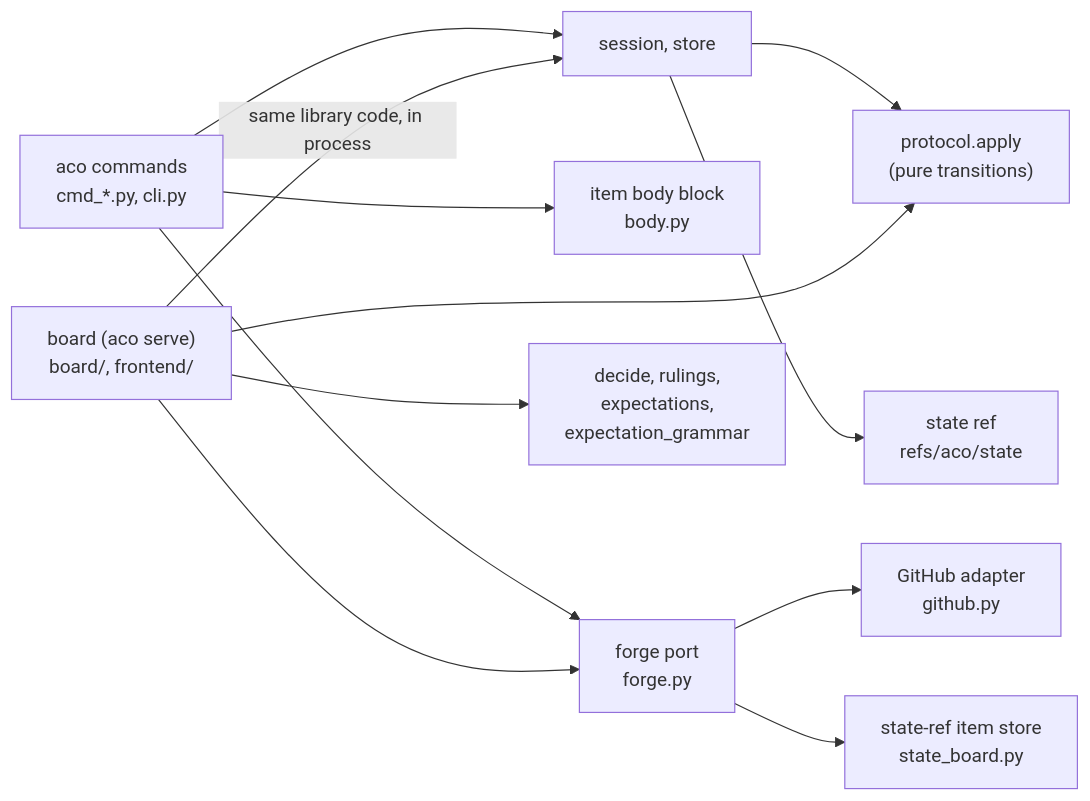
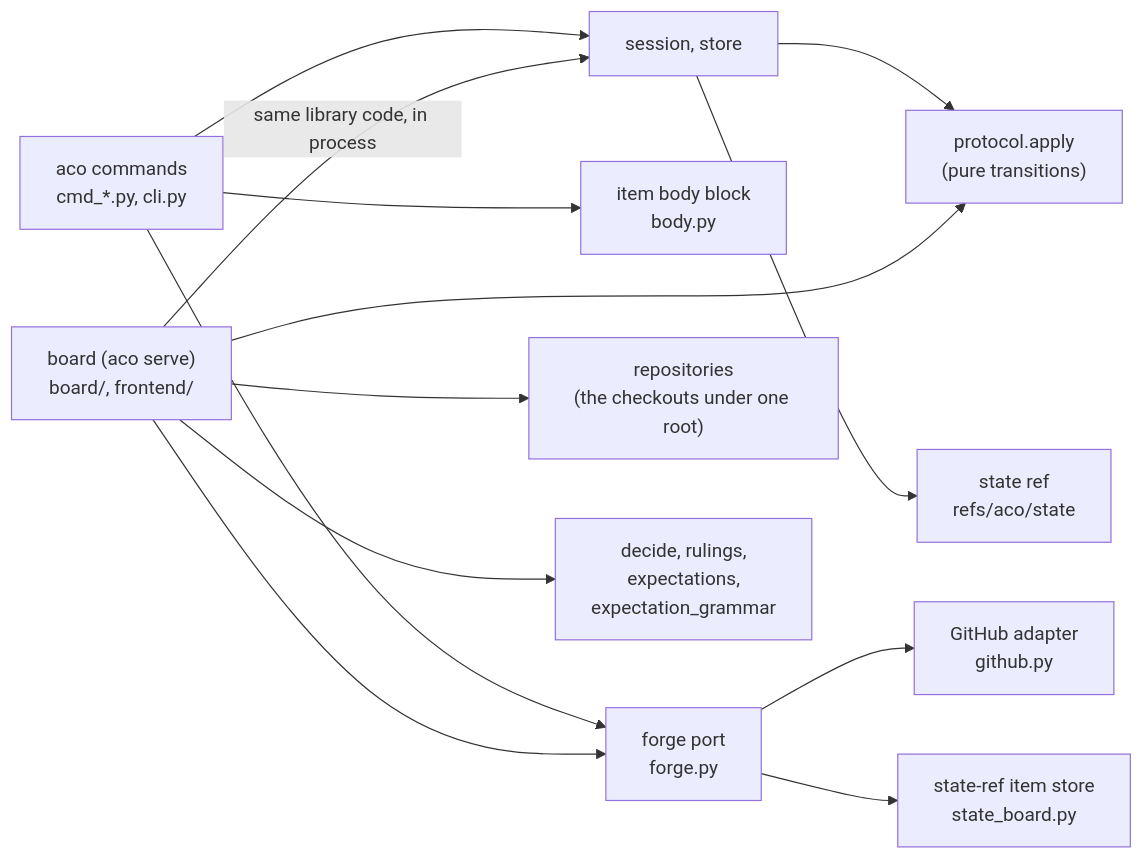
One commit to overnightworks/aco changed the second of 3 diagrams in docs/ARCHITECTURE.md. Above: the diagram before and after it, drawn with Mermaid. The commit also changed other lines of this file and 26 other files, not shown here.

````diff
--- a/docs/ARCHITECTURE.md
+++ b/docs/ARCHITECTURE.md
@@ -29,15 +29,16 @@
 ```mermaid
 flowchart LR
     CLI["aco commands<br/>cmd_*.py, cli.py"] --> Session["session, store"]
     Session --> Protocol["protocol.apply<br/>(pure transitions)"]
     Session --> Store["state ref<br/>refs/aco/state"]
     CLI --> Body["item body block<br/>body.py"]
     CLI --> Port["forge port<br/>forge.py"]
     Port --> GitHub["GitHub adapter<br/>github.py"]
     Port --> StateBoard["state-ref item store<br/>state_board.py"]
     Board["board (aco serve)<br/>board/, frontend/"]
+    Board --> Repos["repositories<br/>(the checkouts under one root)"]
     Board -->|"same library code, in process"| Session
     Board --> Protocol
     Board --> Port
     Board --> Dec["decide, rulings,<br/>expectations,<br/>expectation_grammar"]
 ```
````
